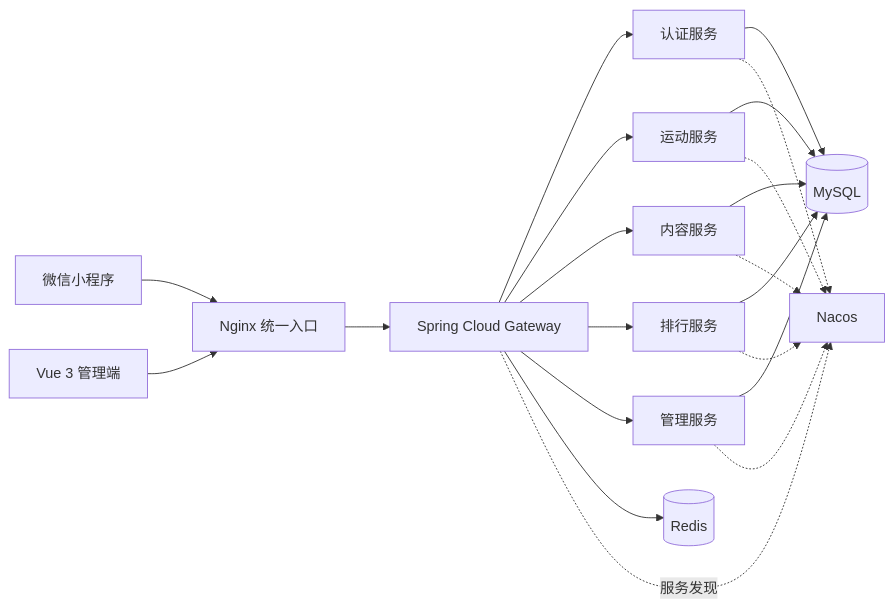
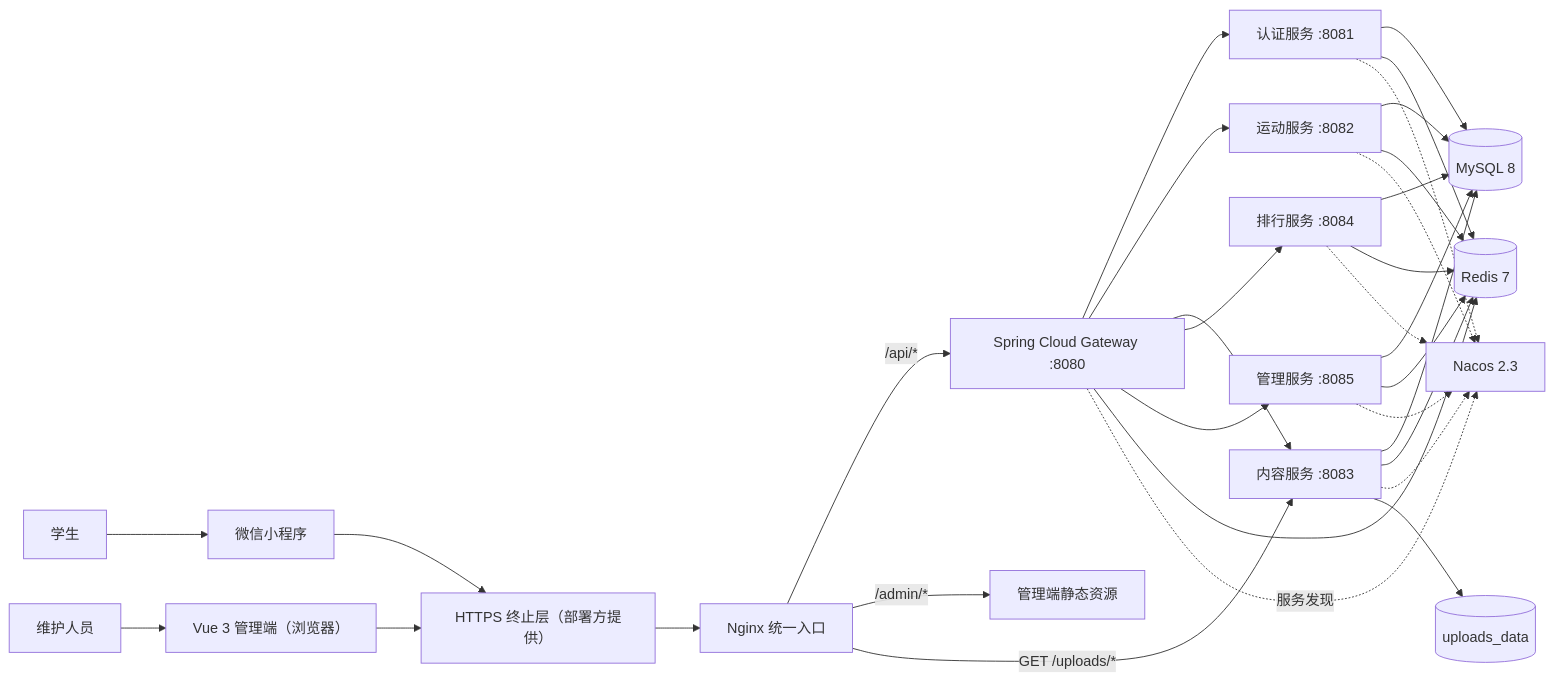
One commit to deathcmd/changzheng changed the third of 4 diagrams in README.md. Above: the diagram before and after it, drawn with Mermaid. The commit also changed other lines of this file and 1 other file, not shown here.

````diff
--- a/README.md
+++ b/README.md
@@ -35,25 +168,56 @@
 ```mermaid
 flowchart LR
-    Mini["微信小程序"] --> Entry["Nginx 统一入口"]
-    AdminWeb["Vue 3 管理端"] --> Entry
-    Entry --> Gateway["Spring Cloud Gateway"]
+    Student["学生"]
+    Mini["微信小程序"]
+    Operator["维护人员"]
+    AdminWeb["Vue 3 管理端（浏览器）"]
+    AdminAssets["管理端静态资源"]
+    Edge["HTTPS 终止层（部署方提供）"]
+    Nginx["Nginx 统一入口"]
+    Gateway["Spring Cloud Gateway :8080"]
+    Auth["认证服务 :8081"]
+    Sport["运动服务 :8082"]
+    Content["内容服务 :8083"]
+    Rank["排行服务 :8084"]
+    Admin["管理服务 :8085"]
+    MySQL[("MySQL 8")]
+    Redis[("Redis 7")]
+    Nacos["Nacos 2.3"]
+    Uploads[("uploads_data")]
 
-    Gateway --> Auth["认证服务"]
-    Gateway --> Sport["运动服务"]
-    Gateway --> Content["内容服务"]
-    Gateway --> Rank["排行服务"]
-    Gateway --> Admin["管理服务"]
+    Student --> Mini
+    Mini --> Edge
+    Operator --> AdminWeb
+    AdminWeb --> Edge
+    Edge --> Nginx
+    Nginx -->|/api/*| Gateway
+    Nginx -->|/admin/*| AdminAssets
+    Nginx -->|GET /uploads/*| Content
 
-    Auth --> MySQL[("MySQL")]
+    Gateway --> Auth
+    Gateway --> Sport
+    Gateway --> Content
+    Gateway --> Rank
+    Gateway --> Admin
+
+    Auth --> MySQL
     Sport --> MySQL
     Content --> MySQL
     Rank --> MySQL
     Admin --> MySQL
-    Gateway --> Redis[("Redis")]
-    Gateway -. "服务发现" .-> Nacos["Nacos"]
+
+    Gateway --> Redis
+    Auth --> Redis
+    Sport --> Redis
+    Content --> Redis
+    Rank --> Redis
+    Admin --> Redis
+
+    Gateway -. 服务发现 .-> Nacos
     Auth -.-> Nacos
     Sport -.-> Nacos
     Content -.-> Nacos
     Rank -.-> Nacos
     Admin -.-> Nacos
+    Content --> Uploads
 ```
````
